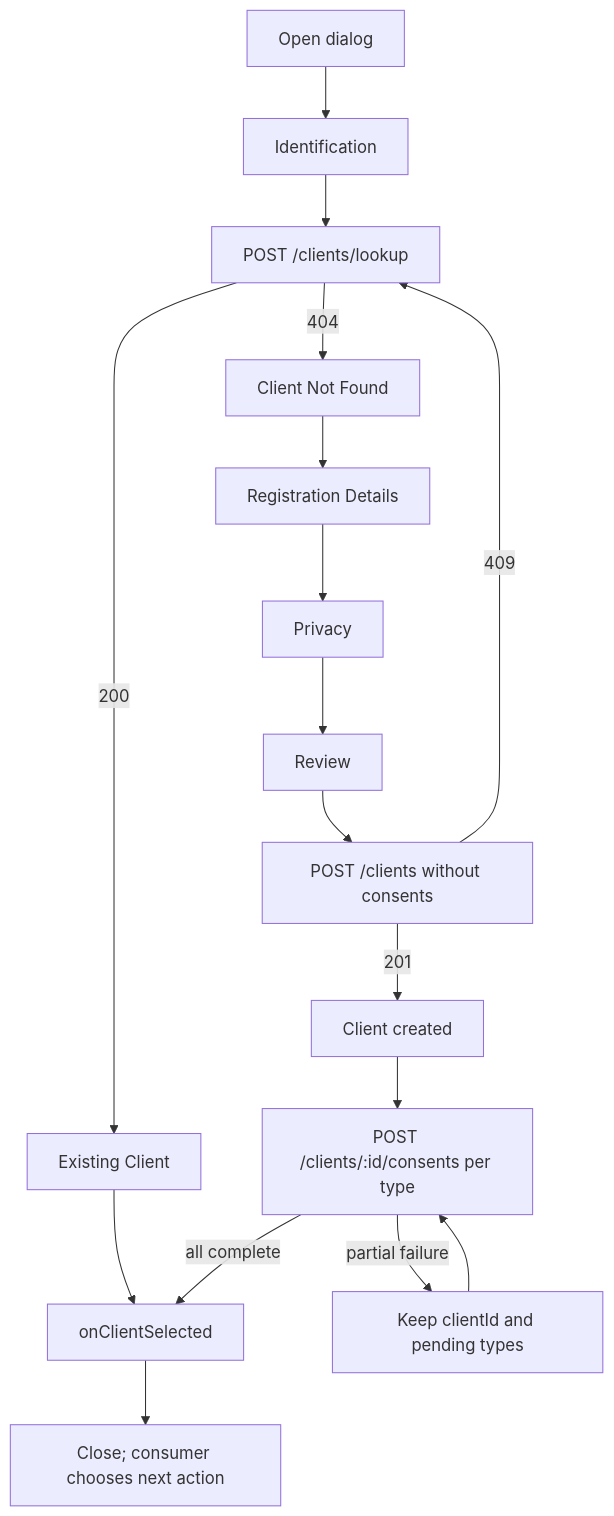
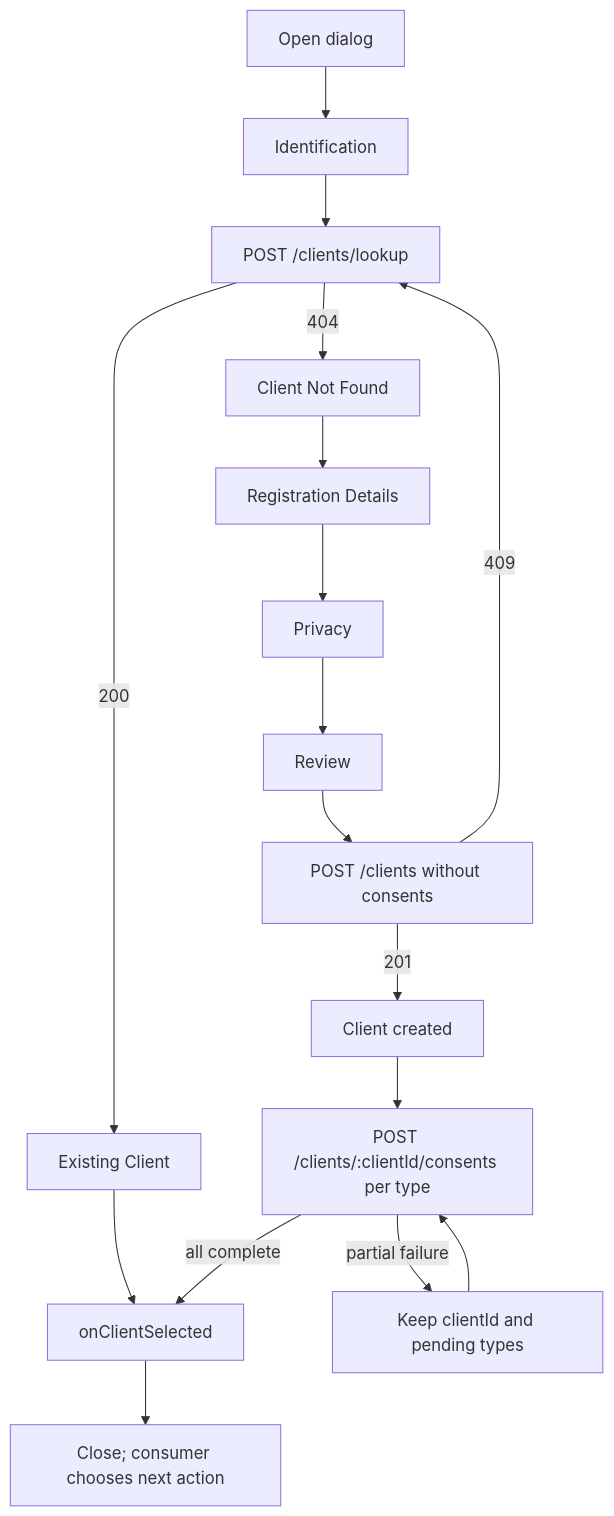
One commit to hms-society/hms changed the diagram in documentation/features/identity/client-registration/specs/client-register-dialog-spec.md. Above: the diagram before and after it, drawn with Mermaid. The commit also changed 316 other files, not shown here.

````diff
--- a/documentation/features/identity/client-registration/specs/client-register-dialog-spec.md
+++ b/documentation/features/identity/client-registration/specs/client-register-dialog-spec.md
@@ -539,19 +539,19 @@
 ```mermaid
 flowchart TD
   A["Open dialog"] --> B["Identification"]
   B --> C["POST /clients/lookup"]
   C -->|"200"| D["Existing Client"]
   C -->|"404"| E["Client Not Found"]
   D --> K["onClientSelected"]
   E --> F["Registration Details"]
   F --> G["Privacy"]
   G --> H["Review"]
   H --> I["POST /clients without consents"]
   I -->|"409"| C
   I -->|"201"| J["Client created"]
-  J --> L["POST /clients/:id/consents per type"]
+  J --> L["POST /clients/:clientId/consents per type"]
   L -->|"all complete"| K
   L -->|"partial failure"| M["Keep clientId and pending types"]
   M --> L
   K --> N["Close; consumer chooses next action"]
 ```
````
